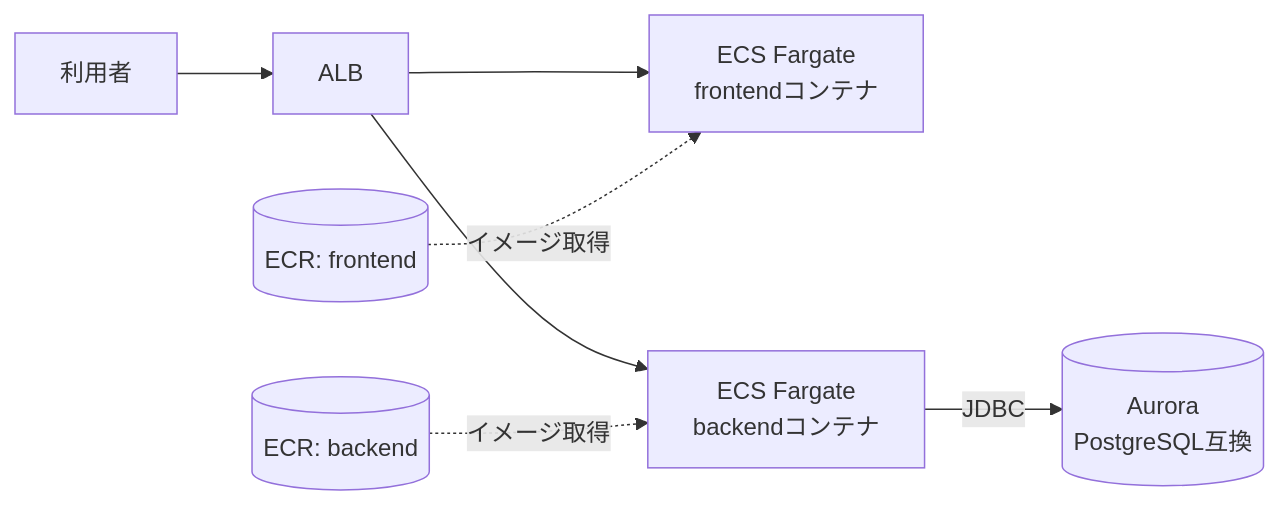
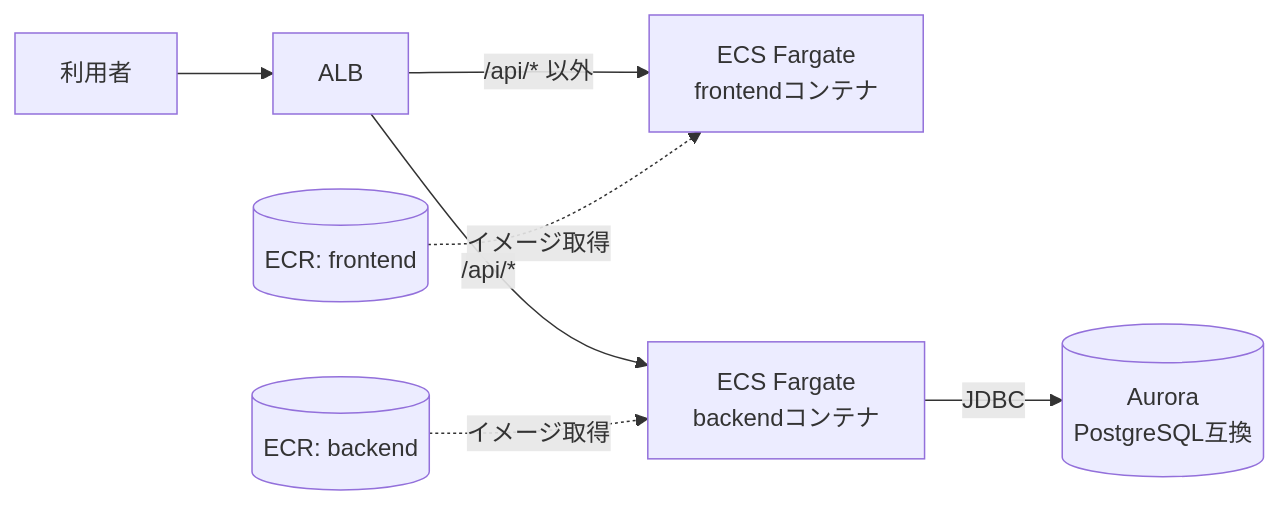
One commit to riccan-dev/form-mock-answer changed the second of 2 diagrams in README.md. Above: the diagram before and after it, drawn with Mermaid. The commit also changed other lines of this file and 1 other file, not shown here.

Commit message:
Document the AWS account setup procedure (phase 4-5)
Add docs/aws-account-setup.md covering the infrastructure prep
needed before deploying to ECS: IAM user, VPC/subnets/NAT, security
groups, ECR repos, ECS cluster, task execution role, Aurora
Serverless v2, and the ALB with path-based routing (/api/* to
backend, everything else to frontend). No account-specific IDs or
credentials are included.

Update the README's target-architecture diagram to reflect the
path-based ALB routing and link the new doc.

````diff
--- a/README.md
+++ b/README.md
@@ -43,9 +43,9 @@
 ```mermaid
 graph LR
   User[利用者] --> ALB[ALB]
-  ALB --> ECS_FE["ECS Fargate\nfrontendコンテナ"]
-  ALB --> ECS_BE["ECS Fargate\nbackendコンテナ"]
+  ALB -- "/api/* 以外" --> ECS_FE["ECS Fargate\nfrontendコンテナ"]
+  ALB -- "/api/*" --> ECS_BE["ECS Fargate\nbackendコンテナ"]
   ECR_FE[(ECR: frontend)] -.イメージ取得.-> ECS_FE
   ECR_BE[(ECR: backend)] -.イメージ取得.-> ECS_BE
   ECS_BE -- JDBC --> Aurora[(Aurora\nPostgreSQL互換)]
 ```
````
